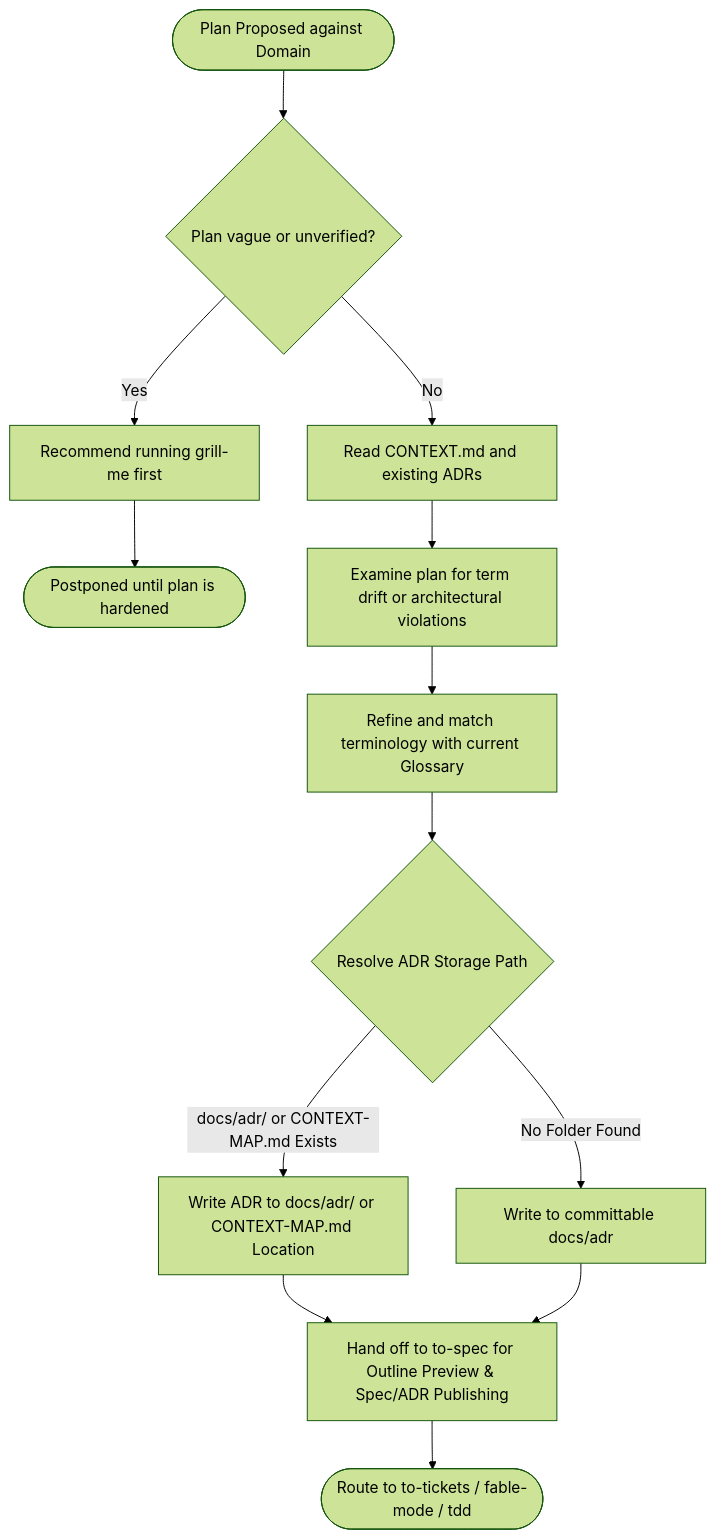
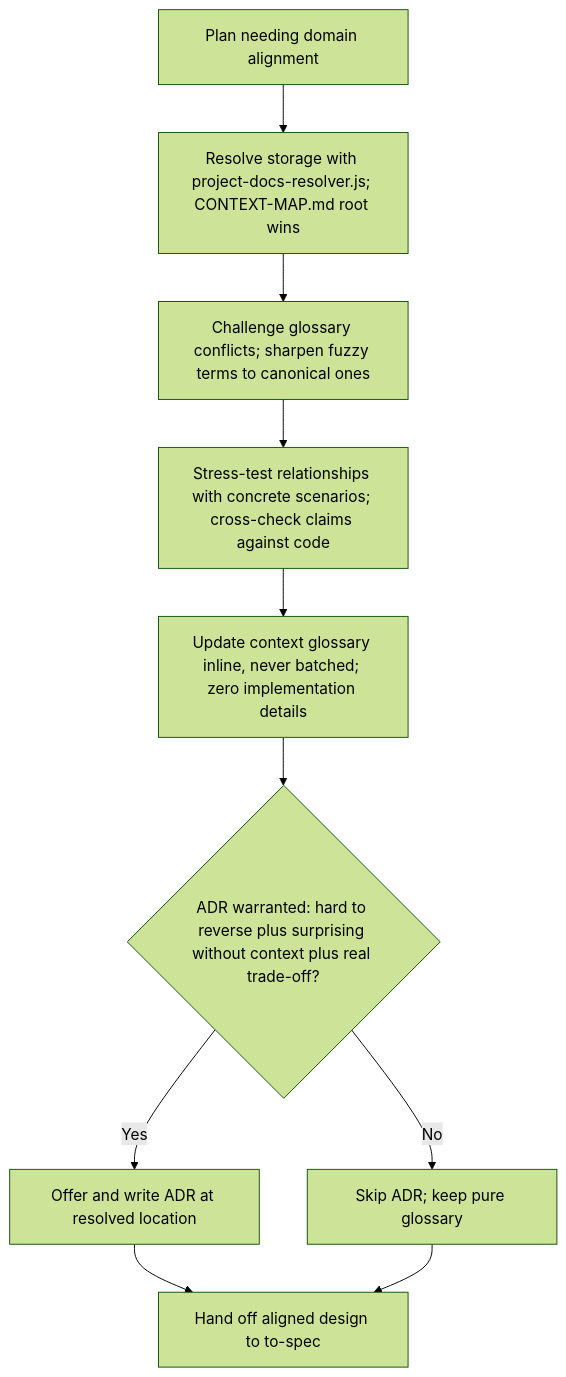
Before and after one commit to dyphn1/Harness-everything: the first of 3 diagrams in docs/workflows/grill-with-docs.md, drawn with Mermaid (forest theme). The commit also changed other lines of this file and 16 other files, not shown here.

````diff
--- a/docs/workflows/grill-with-docs.md
+++ b/docs/workflows/grill-with-docs.md
@@ -11,17 +9,12 @@
 ```mermaid
 graph TD
-  Start([Plan Proposed against Domain]) --> CheckCoreValidity{Plan vague or unverified?}
-  CheckCoreValidity -->|Yes| RecommendGrillMe["Recommend running grill-me first"]
-  CheckCoreValidity -->|No| ReadDomainModel["Read CONTEXT.md and existing ADRs"]
-  RecommendGrillMe --> EndVague([Postponed until plan is hardened])
-  ReadDomainModel --> ChallengeDrift["Examine plan for term drift or architectural violations"]
-  ChallengeDrift --> UpdateGlossary["Refine and match terminology with current Glossary"]
-  UpdateGlossary --> ResolveADRPath{Resolve ADR Storage Path}
-  
-  ResolveADRPath -->|docs/adr/ or CONTEXT-MAP.md Exists| WriteDocs["Write ADR to docs/adr/ or CONTEXT-MAP.md Location"]
-  ResolveADRPath -->|No Folder Found| WriteFallback["Write to committable docs/adr"]
-  
-  WriteDocs --> ToSpec["Hand off to to-spec for Outline Preview & Spec/ADR Publishing"]
-  WriteFallback --> ToSpec
-  ToSpec --> End([Route to to-tickets / fable-mode / tdd])
+  PlanInput["Plan needing domain alignment"] --> ResolveStorage["Resolve storage with project-docs-resolver.js; CONTEXT-MAP.md root wins"]
+  ResolveStorage --> ChallengeTerms["Challenge glossary conflicts; sharpen fuzzy terms to canonical ones"]
+  ChallengeTerms --> ScenarioTest["Stress-test relationships with concrete scenarios; cross-check claims against code"]
+  ScenarioTest --> InlineUpdate["Update context glossary inline, never batched; zero implementation details"]
+  InlineUpdate --> ADRGate{"ADR warranted: hard to reverse plus surprising without context plus real trade-off?"}
+  ADRGate -->|Yes| WriteADR["Offer and write ADR at resolved location"]
+  ADRGate -->|No| SkipADR["Skip ADR; keep pure glossary"]
+  WriteADR --> Handoff["Hand off aligned design to to-spec"]
+  SkipADR --> Handoff
 ```
````
